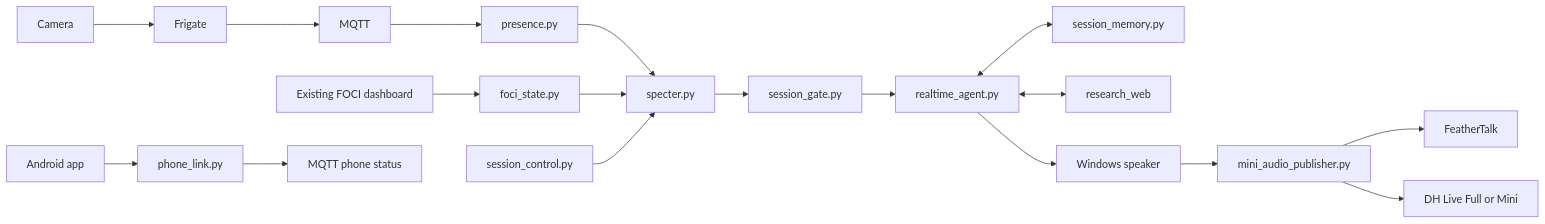
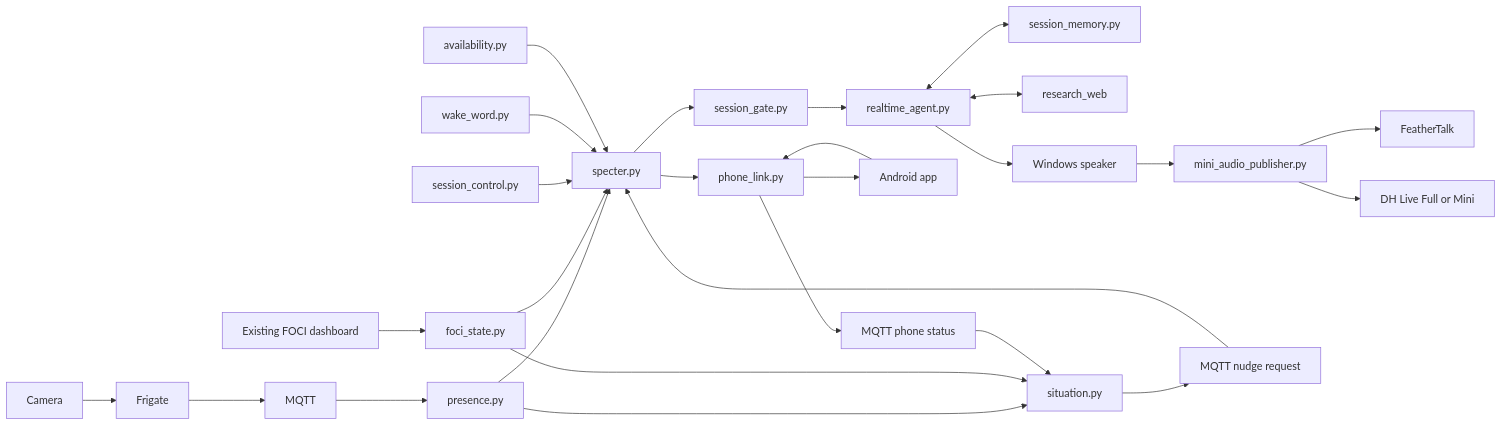
The diagram in TECHNICAL_GUIDE.md (YeChen-coder/SpecterSaysHi), drawn with Mermaid before and after one commit. The commit also changed other lines of this file and 38 other files, not shown here.

First line of the commit message:
Situation engine, phone bedtime coaching, availability and wake word

````diff
--- a/TECHNICAL_GUIDE.md
+++ b/TECHNICAL_GUIDE.md
@@ -7,20 +7,29 @@
 ```mermaid
 flowchart LR
     Camera --> Frigate
     Frigate --> MQTT
     MQTT --> Presence[presence.py]
     Presence --> Coordinator[specter.py]
     FOCI[Existing FOCI dashboard] --> Evaluator[foci_state.py]
     Evaluator --> Coordinator
     Manual[session_control.py] --> Coordinator
     Coordinator --> Gate[session_gate.py]
     Gate --> Conversation[realtime_agent.py]
     Conversation <--> Memory[session_memory.py]
     Conversation <--> Search[research_web]
     Conversation --> Speaker[Windows speaker]
     Speaker --> Relay[mini_audio_publisher.py]
     Relay --> Feather[FeatherTalk]
     Relay --> DH[DH Live Full or Mini]
     Phone[Android app] --> Bridge[phone_link.py]
     Bridge --> PhoneState[MQTT phone status]
+    Presence --> Situation[situation.py]
+    Evaluator --> Situation
+    PhoneState --> Situation
+    Situation --> Nudge[MQTT nudge request]
+    Nudge --> Coordinator
+    Coordinator --> Bridge
+    Bridge --> Phone
+    Wake[wake_word.py] --> Coordinator
+    Availability[availability.py] --> Coordinator
 ```
````
